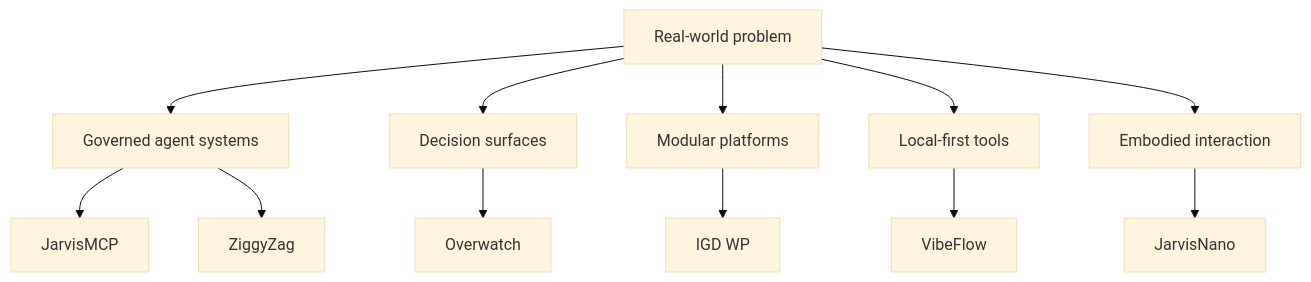
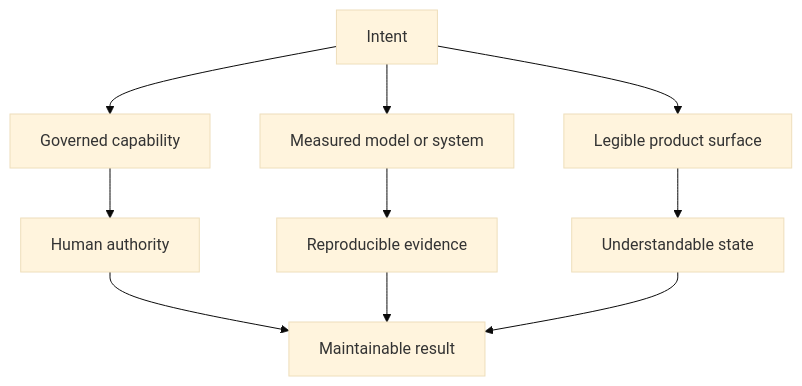
Before and after one commit to PascalAI2024/portfolio: the diagram in capabilities/README.md, drawn with Mermaid (base theme). The commit also changed other lines of this file and 23 other files, not shown here.

````diff
--- a/capabilities/README.md
+++ b/capabilities/README.md
@@ -15,14 +15,12 @@
 ```mermaid
 flowchart TB
-    P[Real-world problem] --> G[Governed agent systems]
-    P --> D[Decision surfaces]
-    P --> M[Modular platforms]
-    P --> L[Local-first tools]
-    P --> E[Embodied interaction]
-    G --> J[JarvisMCP]
-    G --> Z[ZiggyZag]
-    D --> O[Overwatch]
-    M --> W[IGD WP]
-    L --> V[VibeFlow]
-    E --> N[JarvisNano]
+    I[Intent] --> G[Governed capability]
+    I --> M[Measured model or system]
+    I --> P[Legible product surface]
+    G --> H[Human authority]
+    M --> E[Reproducible evidence]
+    P --> S[Understandable state]
+    H --> R[Maintainable result]
+    E --> R
+    S --> R
 ```
````
